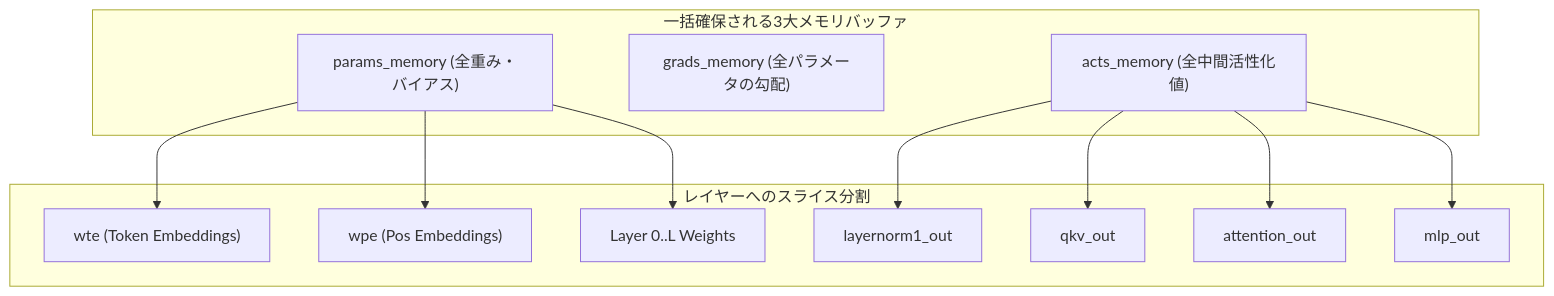
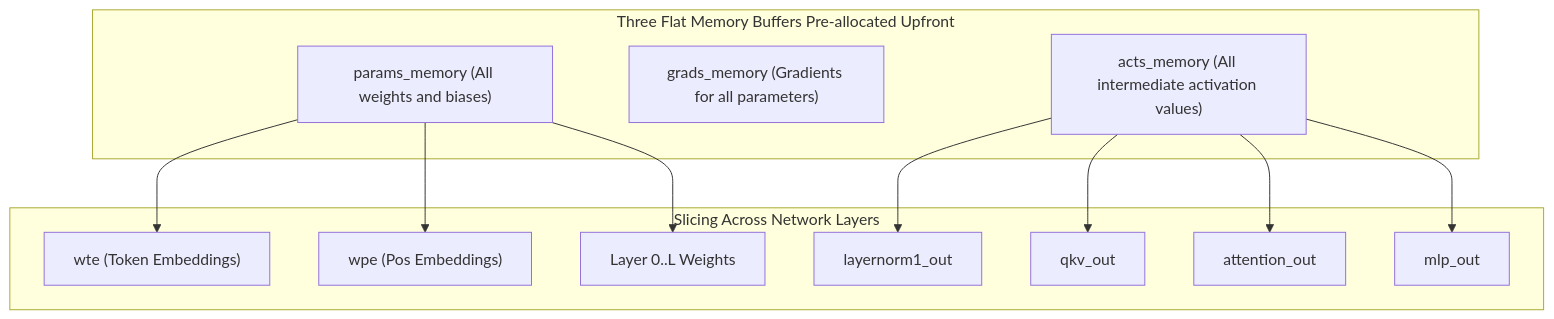
Before and after one commit to KazutoMakino/oniwa: the diagram in docs/01_llm_c_architecture.md, drawn with Mermaid. The commit also changed other lines of this file and 45 other files, not shown here.

````diff
--- a/docs/01_llm_c_architecture.md
+++ b/docs/01_llm_c_architecture.md
@@ -14,19 +14,19 @@
 ```mermaid
 graph TD
-    subgraph Memory["一括確保される3大メモリバッファ"]
-        P["params_memory (全重み・バイアス)"]
-        G["grads_memory (全パラメータの勾配)"]
-        A["acts_memory (全中間活性化値)"]
+    subgraph Memory["Three Flat Memory Buffers Pre-allocated Upfront"]
+        P["params_memory (All weights and biases)"]
+        G["grads_memory (Gradients for all parameters)"]
+        A["acts_memory (All intermediate activation values)"]
     end
 
-    subgraph Layers["レイヤーへのスライス分割"]
+    subgraph Layers["Slicing Across Network Layers"]
         P --> P1["wte (Token Embeddings)"]
         P --> P2["wpe (Pos Embeddings)"]
         P --> P3["Layer 0..L Weights"]
         
         A --> A1["layernorm1_out"]
         A --> A2["qkv_out"]
         A --> A3["attention_out"]
         A --> A4["mlp_out"]
     end
 ```
````
